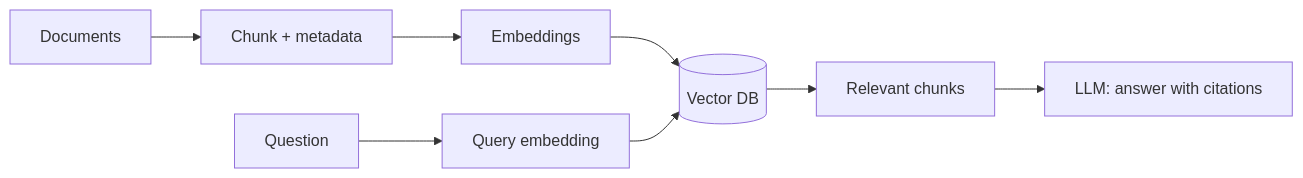
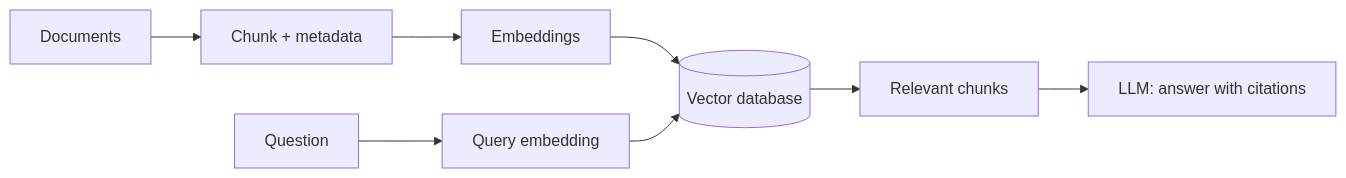
One commit to AkramCodeer/PythonLearning changed the diagram in ai_interview_questions/05_rag_and_retrieval.md. Above: the diagram before and after it, drawn with Mermaid. The commit also changed other lines of this file and 7 other files, not shown here.

````diff
--- a/ai_interview_questions/05_rag_and_retrieval.md
+++ b/ai_interview_questions/05_rag_and_retrieval.md
@@ -7,10 +7,10 @@
 ```mermaid
 flowchart LR
     D[Documents] --> C[Chunk + metadata]
     C --> E[Embeddings]
-    E --> V[(Vector DB)]
+    E --> V[(Vector database)]
     Q[Question] --> QE[Query embedding]
     QE --> V
     V --> R[Relevant chunks]
     R --> L[LLM: answer with citations]
 ```
````
